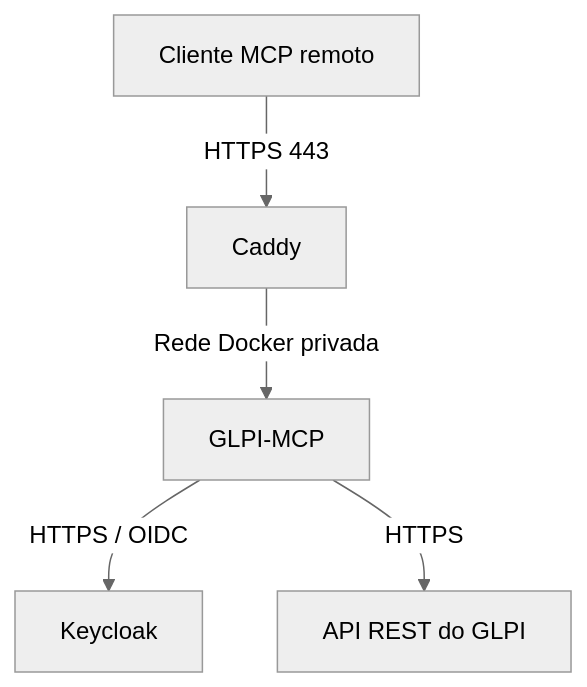
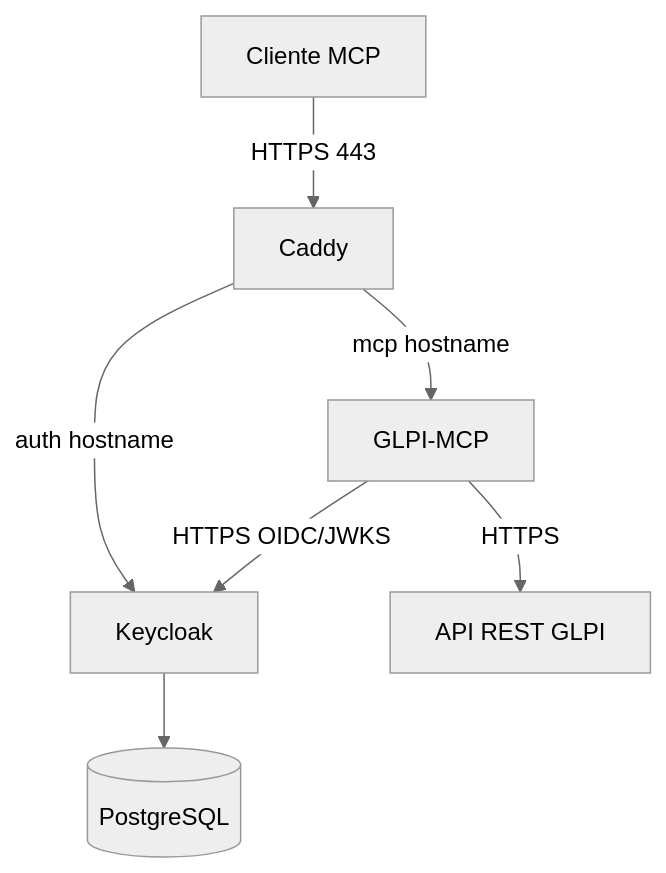
Before and after one commit to efssantos/glpi-mcp: the first of 2 diagrams in docs/ARCHITECTURE.md, drawn with Mermaid (neutral theme). The commit also changed other lines of this file, not shown here.

Commit message:
feat: integrate keycloak into compose stack

````diff
--- a/docs/ARCHITECTURE.md
+++ b/docs/ARCHITECTURE.md
@@ -27,7 +28,9 @@
 ```mermaid
 flowchart TD
-    Client[Cliente MCP remoto] -->|HTTPS 443| Proxy[Caddy]
-    Proxy -->|Rede Docker privada| MCP[GLPI-MCP]
-    MCP -->|HTTPS / OIDC| IdP[Keycloak]
-    MCP -->|HTTPS| GLPI[API REST do GLPI]
+    C[Cliente MCP] -->|HTTPS 443| P[Caddy]
+    P -->|mcp hostname| M[GLPI-MCP]
+    P -->|auth hostname| K[Keycloak]
+    M -->|HTTPS OIDC/JWKS| K
+    K --> D[(PostgreSQL)]
+    M -->|HTTPS| G[API REST GLPI]
 ```
````
